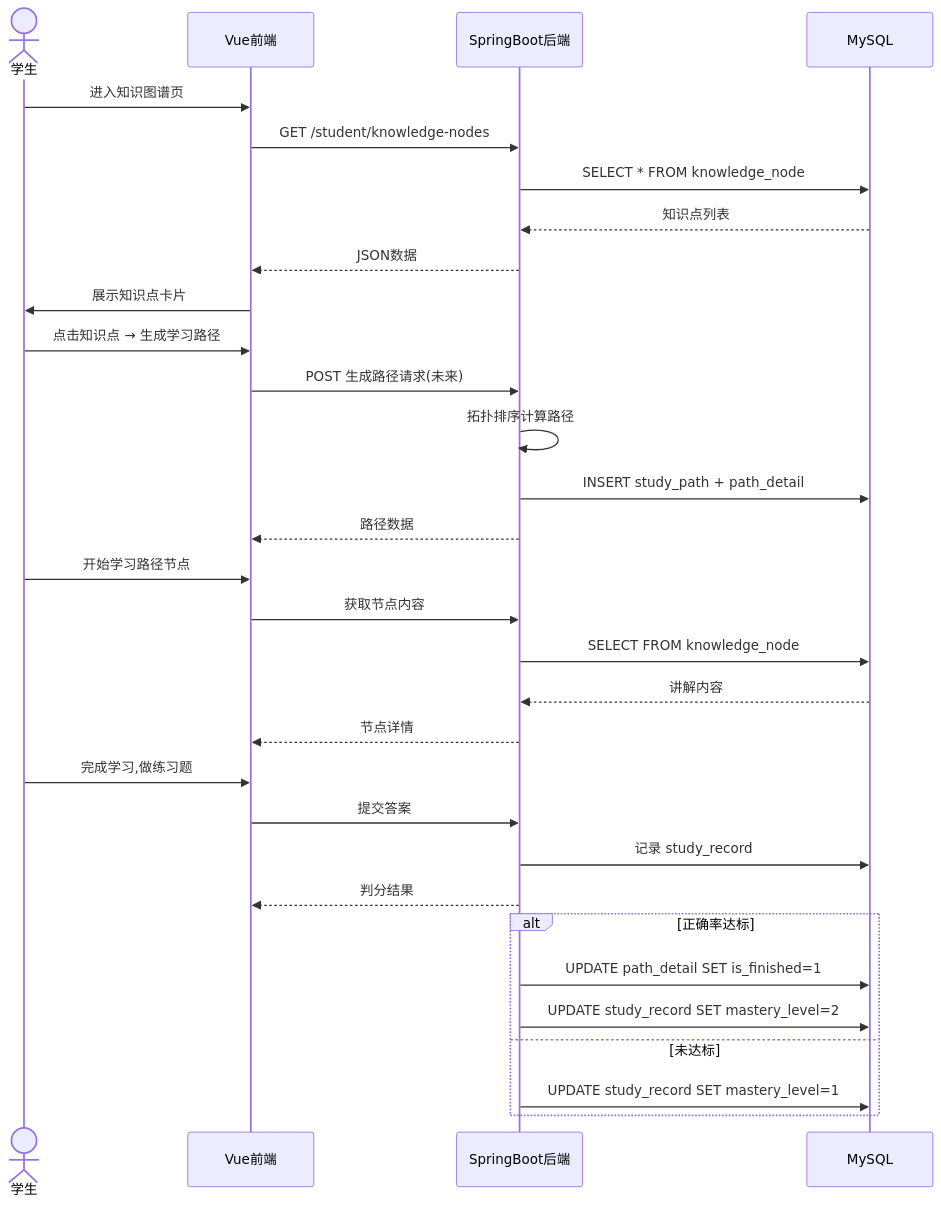
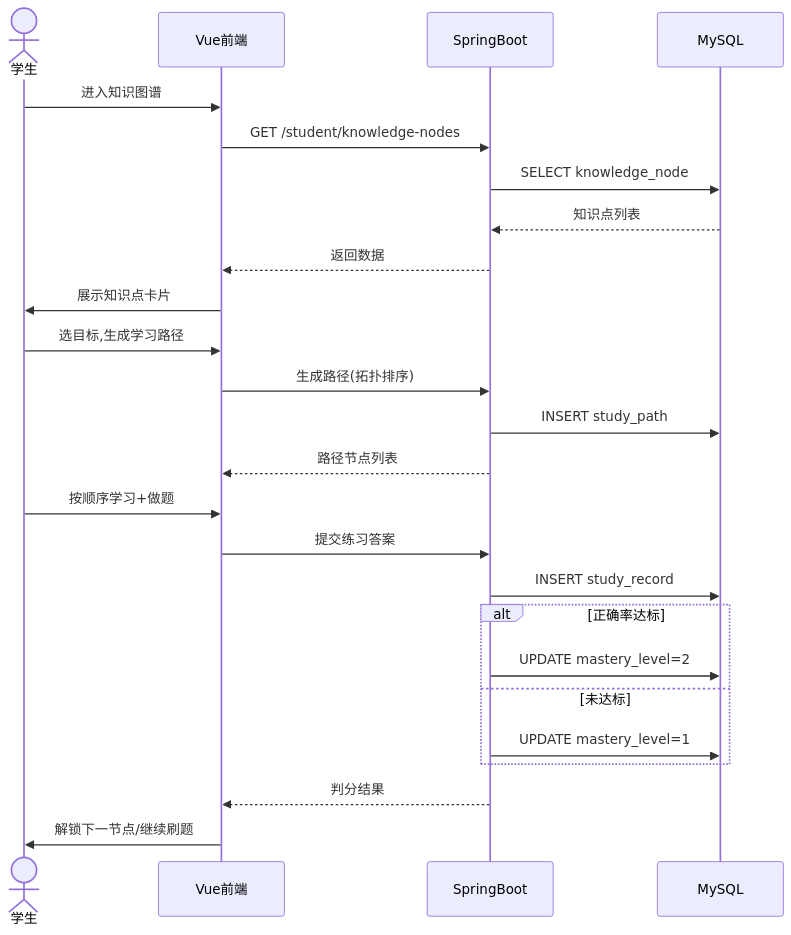
The fourth of 8 diagrams in docs/diagrams.md (blossom-rt/kg-intelligent-tutoring-system), drawn with Mermaid before and after one commit. The commit also changed other lines of this file, not shown here.

Commit message:
docs: 图表改为横向布局适配报告排版

````diff
--- a/docs/diagrams.md
+++ b/docs/diagrams.md
@@ -111,38 +77,28 @@
 ```mermaid
 sequenceDiagram
     actor S as 学生
     participant F as Vue前端
-    participant B as SpringBoot后端
+    participant B as SpringBoot
     participant D as MySQL
 
-    S->>F: 进入知识图谱页
+    S->>F: 进入知识图谱
     F->>B: GET /student/knowledge-nodes
-    B->>D: SELECT * FROM knowledge_node
+    B->>D: SELECT knowledge_node
     D-->>B: 知识点列表
-    B-->>F: JSON数据
+    B-->>F: 返回数据
     F->>S: 展示知识点卡片
-
-    S->>F: 点击知识点 → 生成学习路径
-    F->>B: POST 生成路径请求(未来)
-    B->>B: 拓扑排序计算路径
-    B->>D: INSERT study_path + path_detail
-    B-->>F: 路径数据
-
-    S->>F: 开始学习路径节点
-    F->>B: 获取节点内容
-    B->>D: SELECT FROM knowledge_node
-    D-->>B: 讲解内容
-    B-->>F: 节点详情
-
-    S->>F: 完成学习,做练习题
-    F->>B: 提交答案
-    B->>D: 记录 study_record
+    S->>F: 选目标,生成学习路径
+    F->>B: 生成路径(拓扑排序)
+    B->>D: INSERT study_path
+    B-->>F: 路径节点列表
+    S->>F: 按顺序学习+做题
+    F->>B: 提交练习答案
+    B->>D: INSERT study_record
+    alt 正确率达标
+        B->>D: UPDATE mastery_level=2
+    else 未达标
+        B->>D: UPDATE mastery_level=1
+    end
     B-->>F: 判分结果
-
-    alt 正确率达标
-        B->>D: UPDATE path_detail SET is_finished=1
-        B->>D: UPDATE study_record SET mastery_level=2
-    else 未达标
-        B->>D: UPDATE study_record SET mastery_level=1
-    end
+    F->>S: 解锁下一节点/继续刷题
 ```
````
